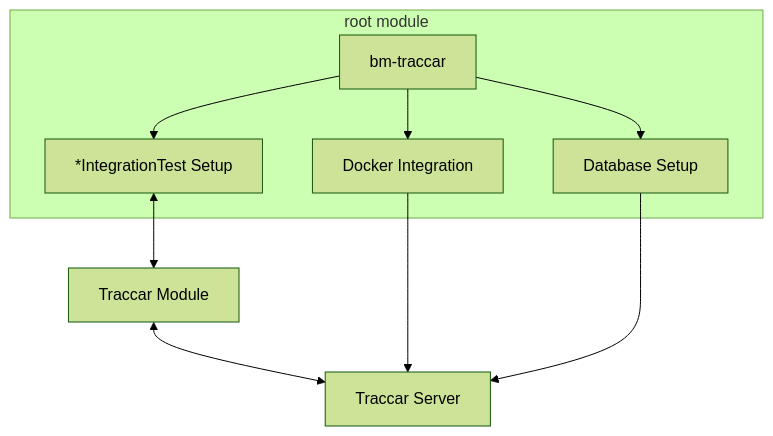
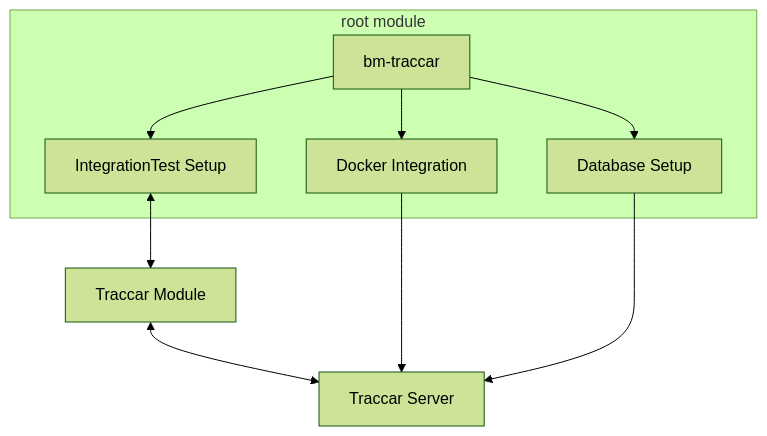
Before and after one commit to kbeigl/bm: the diagram in bm-traccar/src/asciidoc/client-development.adoc, drawn with Mermaid (forest theme). The commit also changed other lines of this file and 51 other files, not shown here.

```diff
--- a/bm-traccar/src/asciidoc/client-development.adoc
+++ b/bm-traccar/src/asciidoc/client-development.adoc
@@ -20,23 +19,23 @@
 [mermaid]
 ....
 flowchart TD
     subgraph root module
         bm-traccar["bm-traccar"] 
         docker-integration["Docker Integration"]
-        testing-setup["*IntegrationTest Setup"]
+        testing-setup["IntegrationTest Setup"]
         database-handling["Database Setup"]
     end
   
     traccar-module["Traccar Module"]
     traccar-server["Traccar Server"]
 
     bm-traccar --> docker-integration
     bm-traccar --> testing-setup
     bm-traccar --> database-handling
 
     testing-setup <--> traccar-module
     traccar-module <--> traccar-server
 
     docker-integration --> traccar-server
     database-handling --> traccar-server
 ....
```
